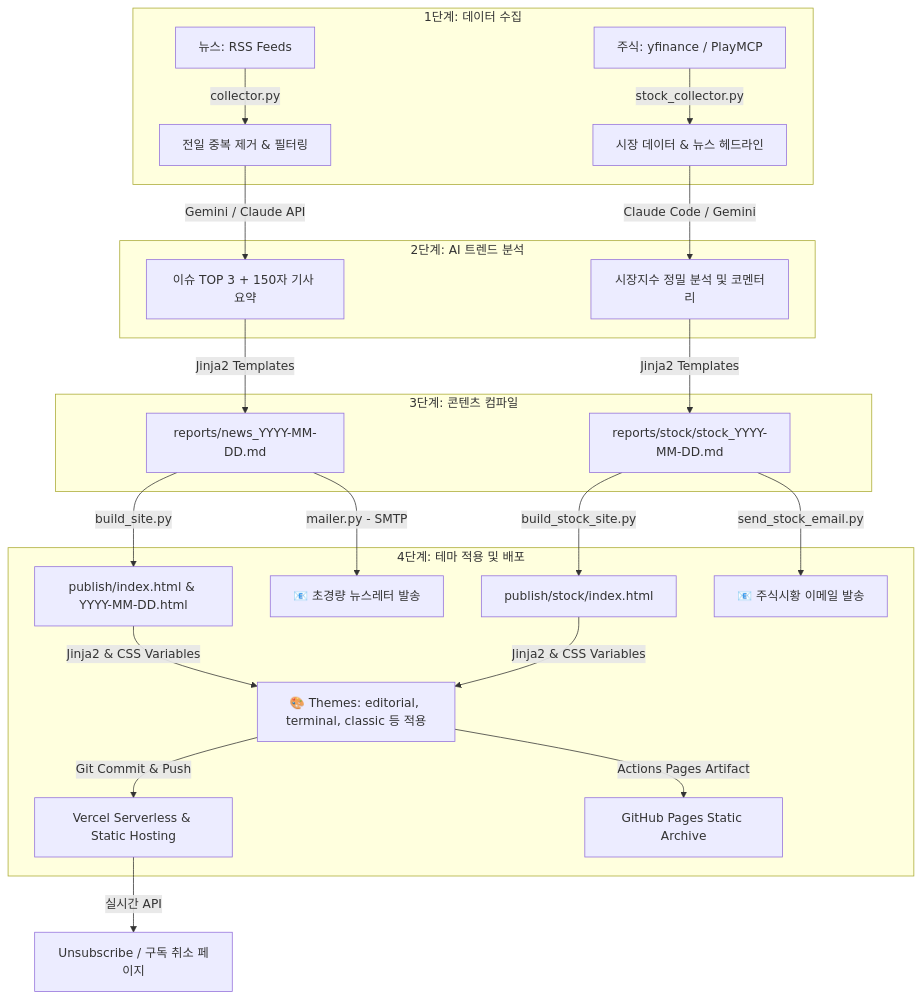
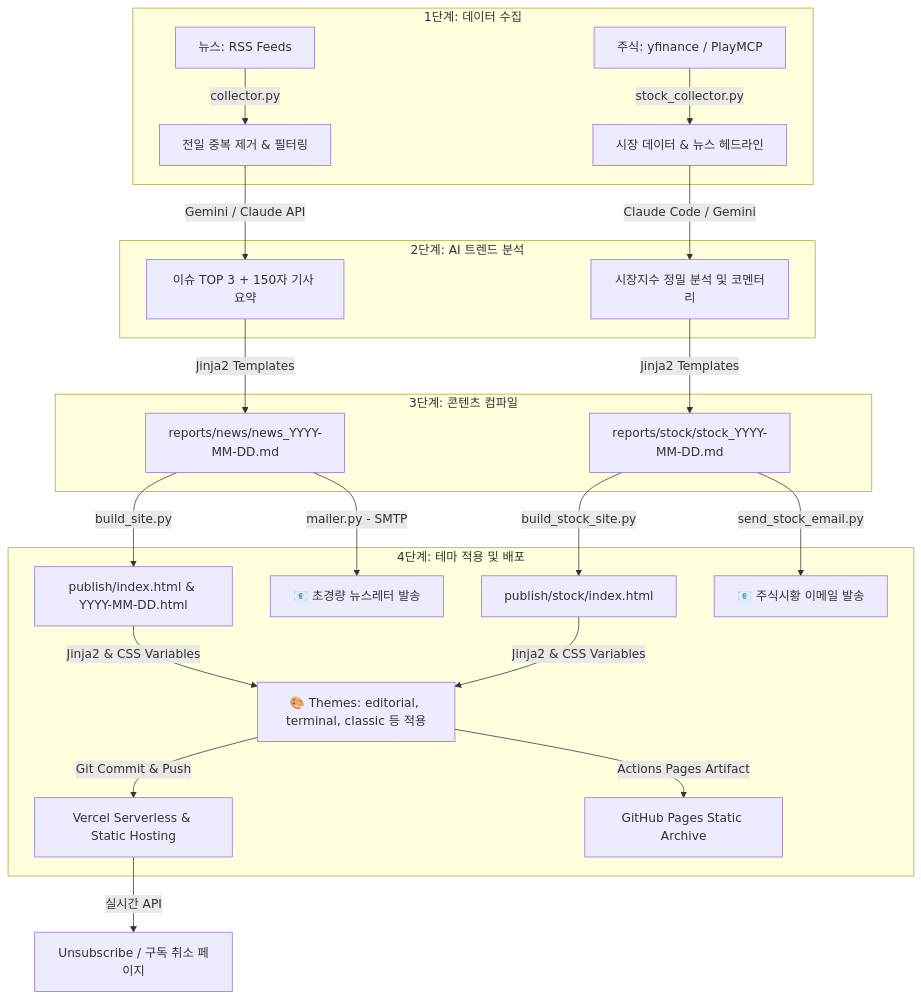
Before and after one commit to chamgil71/dailynews: the diagram in README.md, drawn with Mermaid. The commit also changed 29 other files, not shown here.

````diff
--- a/README.md
+++ b/README.md
@@ -34,32 +34,32 @@
 ```mermaid
 flowchart TD
     subgraph Data_Collector [1단계: 데이터 수집]
         A1[뉴스: RSS Feeds] -->|collector.py| B1[전일 중복 제거 & 필터링]
         A2[주식: yfinance / PlayMCP] -->|stock_collector.py| B2[시장 데이터 & 뉴스 헤드라인]
     end
 
     subgraph AI_Analyzer [2단계: AI 트렌드 분석]
         B1 -->|Gemini / Claude API| C1[이슈 TOP 3 + 150자 기사 요약]
         B2 -->|Claude Code / Gemini| C2[시장지수 정밀 분석 및 코멘터리]
     end
 
     subgraph Report_Generator [3단계: 콘텐츠 컴파일]
-        C1 -->|Jinja2 Templates| D1[reports/news_YYYY-MM-DD.md]
+        C1 -->|Jinja2 Templates| D1[reports/news/news_YYYY-MM-DD.md]
         C2 -->|Jinja2 Templates| D2[reports/stock/stock_YYYY-MM-DD.md]
     end
 
     subgraph Build_Publish [4단계: 테마 적용 및 배포]
         D1 -->|build_site.py| E1[publish/index.html & YYYY-MM-DD.html]
         D2 -->|build_stock_site.py| E2[publish/stock/index.html]
         
         E1 & E2 -->|Jinja2 & CSS Variables| F1[🎨 Themes: editorial, terminal, classic 등 적용]
         
         F1 -->|Git Commit & Push| G1[Vercel Serverless & Static Hosting]
         F1 -->|Actions Pages Artifact| G2[GitHub Pages Static Archive]
         
         D1 -->|mailer.py - SMTP| H1[📧 초경량 뉴스레터 발송]
         D2 -->|send_stock_email.py| H2[📧 주식시황 이메일 발송]
     end
     
     G1 -->|실시간 API| I1[Unsubscribe / 구독 취소 페이지]
 ```
````
